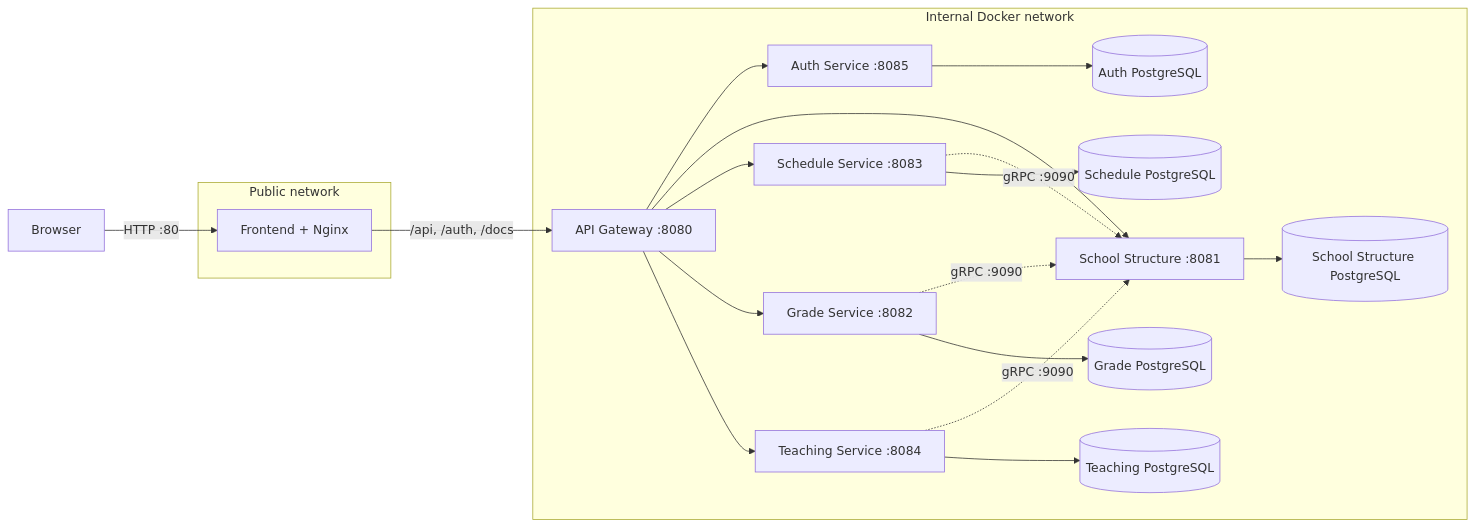
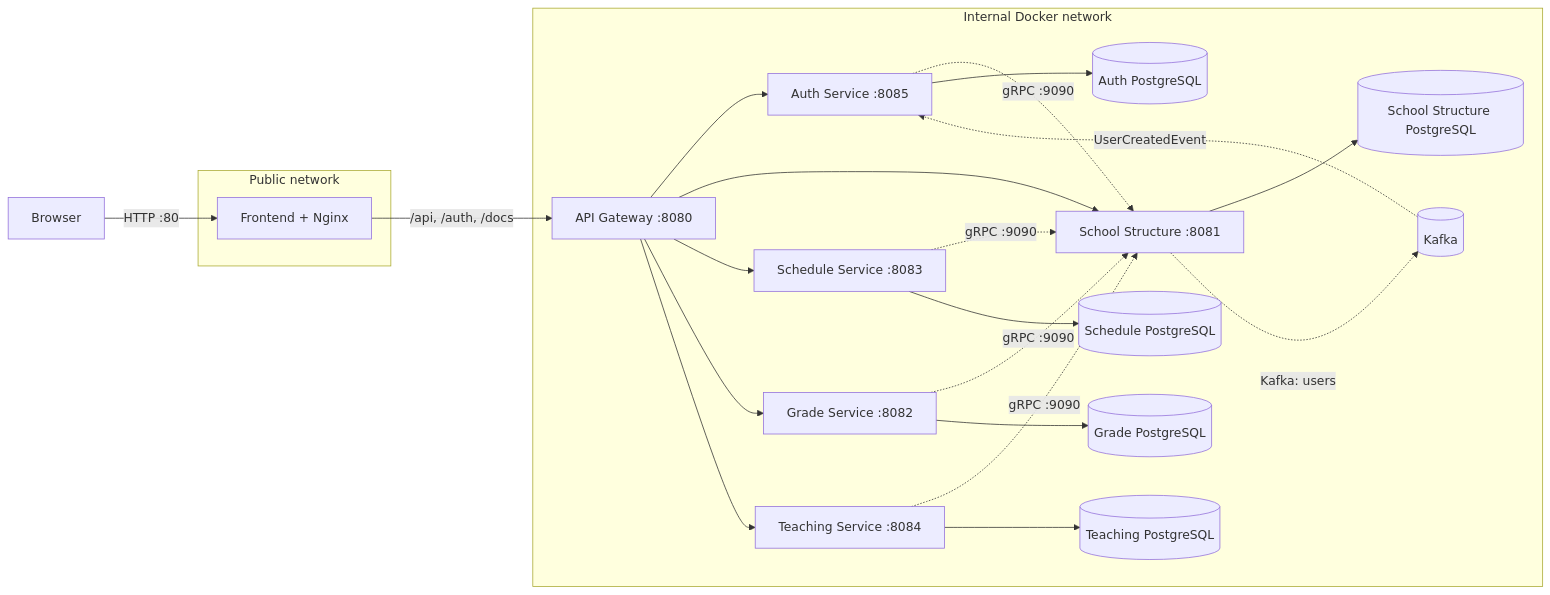
The diagram in README.md (MaksymWoloszynowski/Classly), drawn with Mermaid before and after one commit. The commit also changed other lines of this file and 27 other files, not shown here.

````diff
--- a/README.md
+++ b/README.md
@@ -18,28 +18,31 @@
 ```mermaid
 flowchart LR
   Browser[Browser] -->|HTTP :80| Frontend[Frontend + Nginx]
 
   subgraph Public[Public network]
     Frontend
   end
 
   Frontend -->|/api, /auth, /docs| Gateway[API Gateway :8080]
 
   subgraph Internal[Internal Docker network]
     Gateway --> Auth[Auth Service :8085]
     Gateway --> School[School Structure :8081]
     Gateway --> Schedule[Schedule Service :8083]
     Gateway --> Grade[Grade Service :8082]
     Gateway --> Teaching[Teaching Service :8084]
 
     Schedule -.gRPC :9090.-> School
     Grade -.gRPC :9090.-> School
     Teaching -.gRPC :9090.-> School
+    Auth -.gRPC :9090.-> School
 
     Auth --> AuthDB[(Auth PostgreSQL)]
     School --> SchoolDB[(School Structure PostgreSQL)]
     Schedule --> ScheduleDB[(Schedule PostgreSQL)]
     Grade --> GradeDB[(Grade PostgreSQL)]
     Teaching --> TeachingDB[(Teaching PostgreSQL)]
+    School -.Kafka: users.-> Kafka[(Kafka)]
+    Kafka -.UserCreatedEvent.-> Auth
   end
 ```
````
